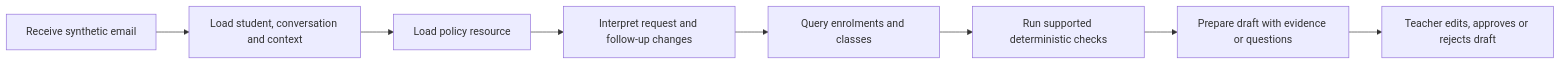
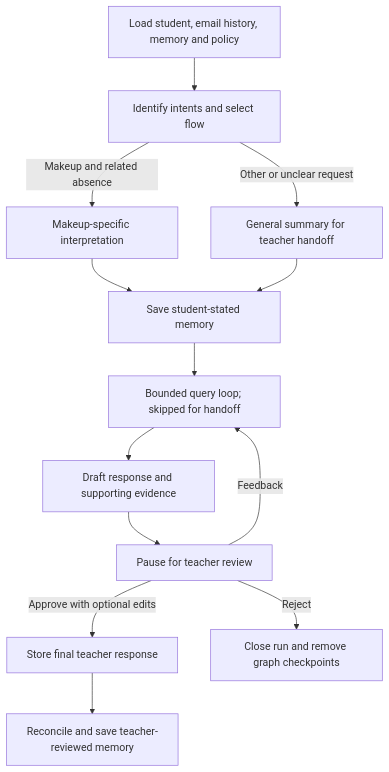
One commit to manjunjiangclara-cmyk/dance-studio-agent changed the diagram in docs/03-makeup-workflow.md. Above: the diagram before and after it, drawn with Mermaid. The commit also changed other lines of this file and 71 other files, not shown here.

Commit message:
feat: add teacher-reviewed enquiry agent

````diff
--- a/docs/03-makeup-workflow.md
+++ b/docs/03-makeup-workflow.md
@@ -5,10 +5,15 @@
 ```mermaid
-flowchart LR
-    A[Receive synthetic email] --> B[Load student, conversation and context]
-    B --> C[Load policy resource]
-    C --> D[Interpret request and follow-up changes]
-    D --> E[Query enrolments and classes]
-    E --> F[Run supported deterministic checks]
-    F --> G[Prepare draft with evidence or questions]
-    G --> H[Teacher edits, approves or rejects draft]
+flowchart TD
+    A[Load student, email history, memory and policy] --> R[Identify intents and select flow]
+    R -->|Makeup and related absence| B[Makeup-specific interpretation]
+    R -->|Other or unclear request| X[General summary for teacher handoff]
+    B --> C[Save student-stated memory]
+    X --> C
+    C --> D[Bounded query loop; skipped for handoff]
+    D --> E[Draft response and supporting evidence]
+    E --> F[Pause for teacher review]
+    F -->|Feedback| D
+    F -->|Approve with optional edits| G[Store final teacher response]
+    G --> H[Reconcile and save teacher-reviewed memory]
+    F -->|Reject| I[Close run and remove graph checkpoints]
 ```
````
